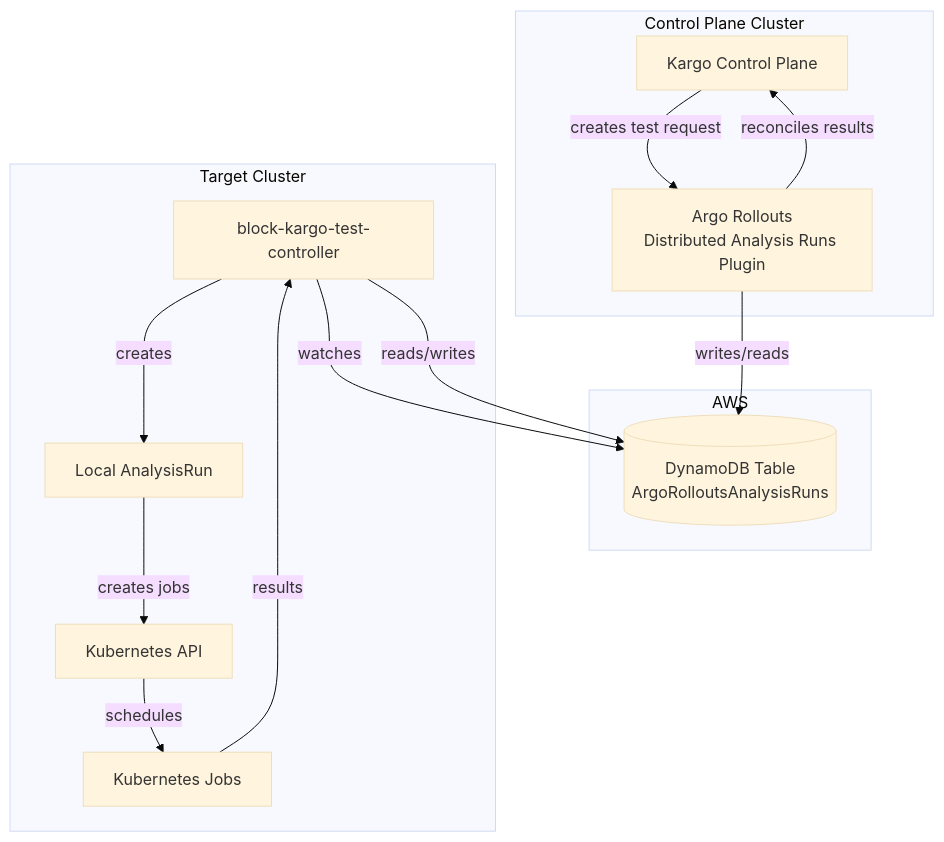
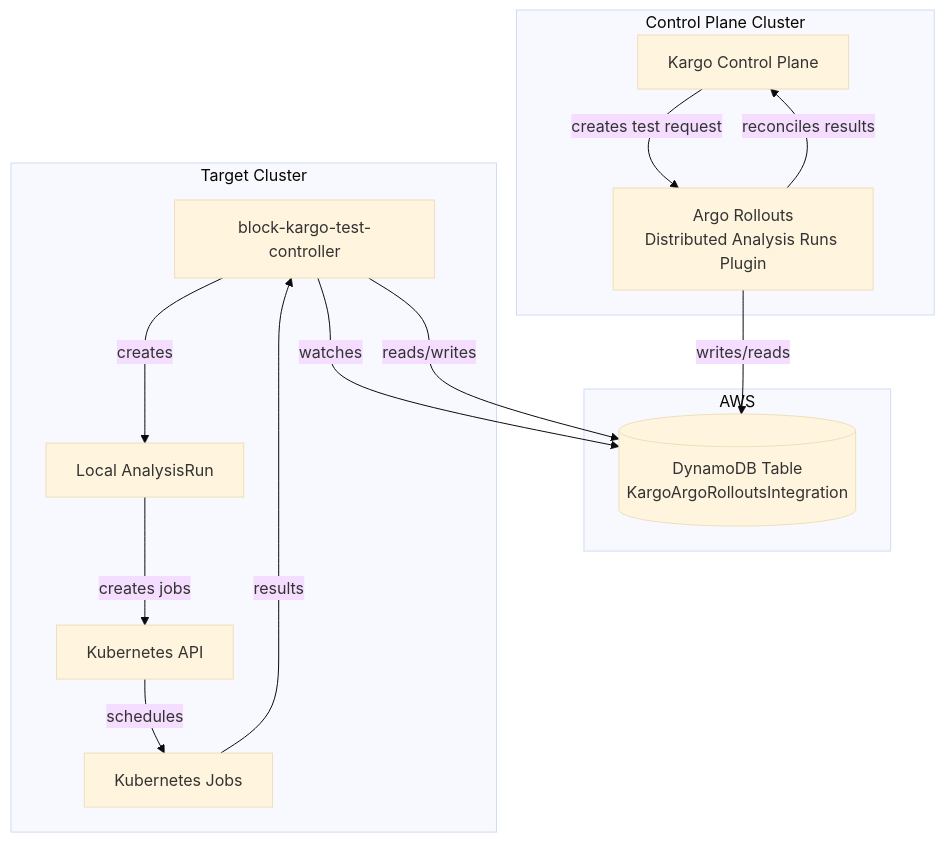
Before and after one commit to acunabit/rollouts-plugin-metric-dynamodb: the diagram in README.md, drawn with Mermaid (base theme). The commit also changed other lines of this file and 1 other file, not shown here.

````diff
--- a/README.md
+++ b/README.md
@@ -11,51 +11,51 @@
 ```mermaid
 ---
 config:
   layout: fixed
 ---
 flowchart TB
 
  subgraph CP["Control Plane Cluster"]
 
         Kargo["Kargo Control Plane"]
 
         Plugin["Argo Rollouts<br>Distributed Analysis Runs Plugin"]
 
   end
 
  subgraph AWS["AWS"]
 
-        DynamoDB[("DynamoDB Table<br>ArgoRolloutsAnalysisRuns")]
+        DynamoDB[("DynamoDB Table<br>KargoArgoRolloutsIntegration")]
 
   end
 
  subgraph TC["Target Cluster"]
 
         Controller["block-kargo-test-controller"]
 
         LocalAR["Local AnalysisRun"]
 
         K8s["Kubernetes API"]
 
         Jobs["Kubernetes Jobs"]
 
   end
 
     Kargo -- creates test request --> Plugin
 
     Plugin -- writes/reads --> DynamoDB
 
     Plugin -- reconciles results --> Kargo
 
     Controller -- watches --> DynamoDB
 
     Controller -- creates --> LocalAR
 
     LocalAR -- creates jobs --> K8s
 
     K8s -- schedules --> Jobs
 
     Jobs -- results --> Controller
 
     Controller -- reads/writes --> DynamoDB
 ```
````
